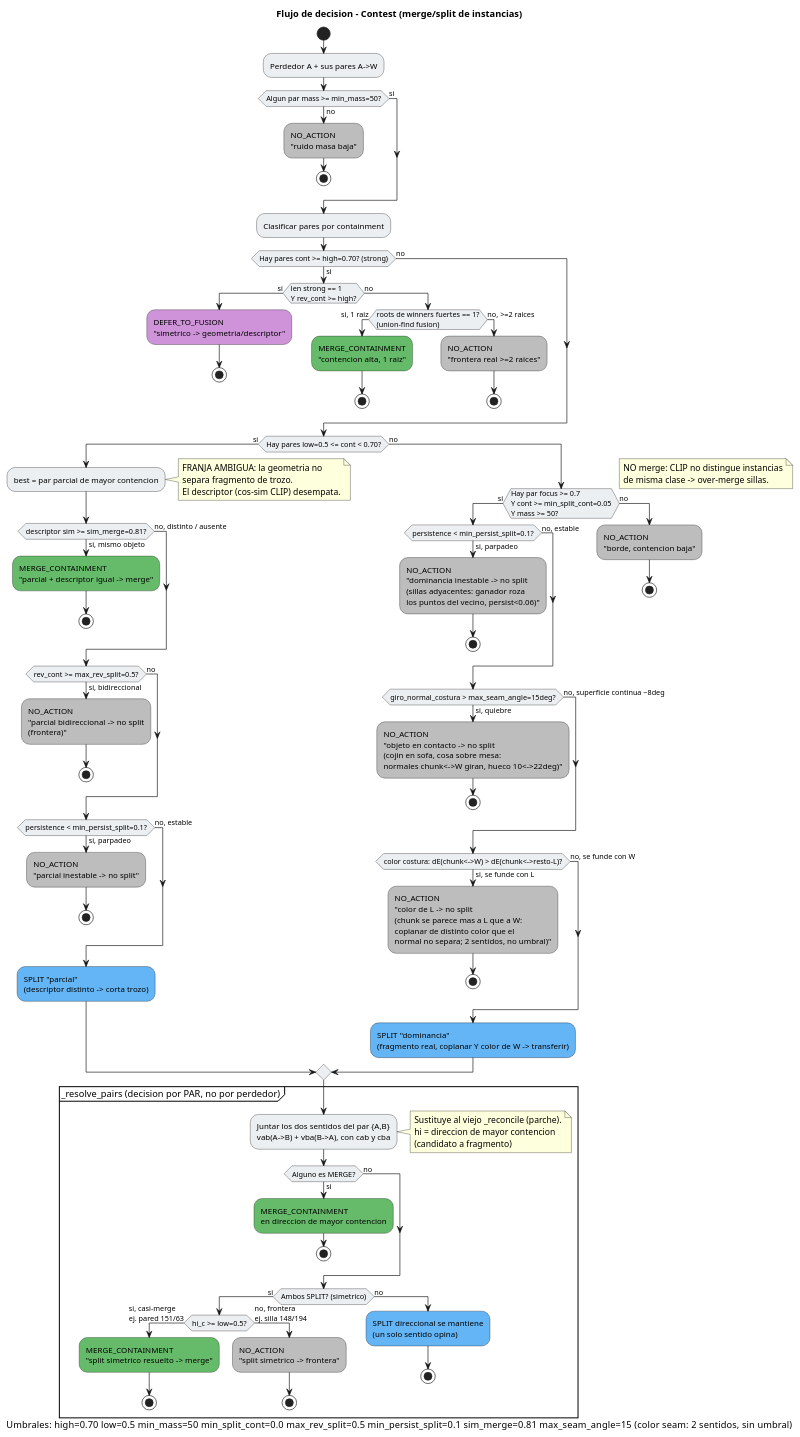
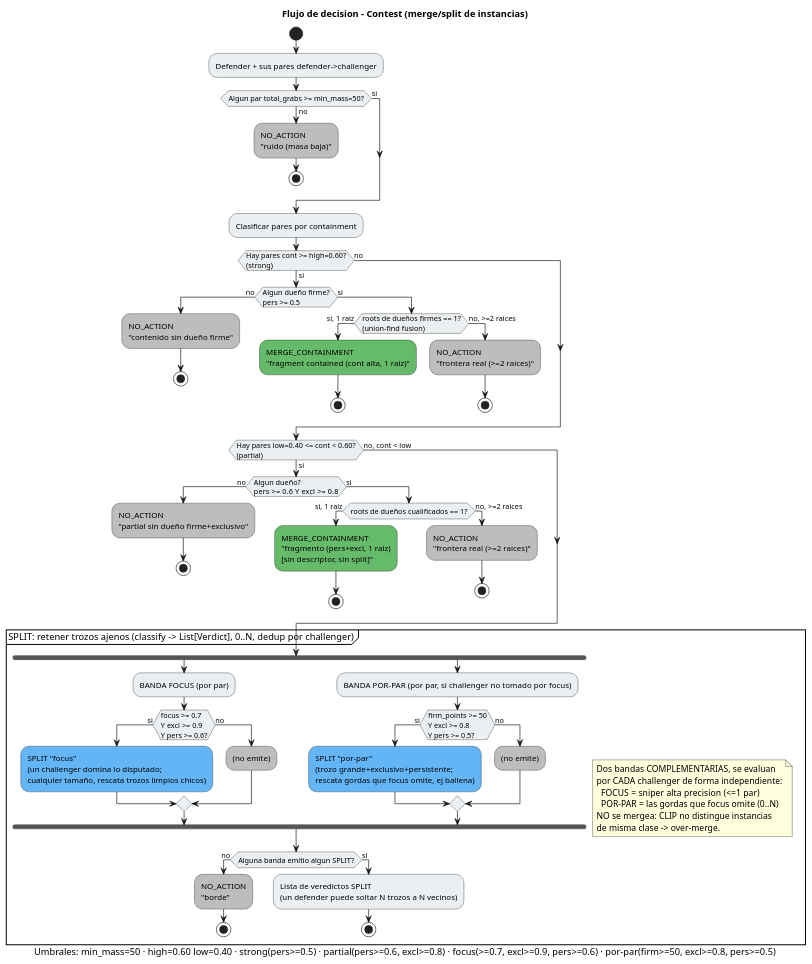
The diagram in Study_seg/flujo_decision_contest.puml (dpadillaor/OVO), drawn with PlantUML before and after one commit. The commit also changed 10 other files, not shown here.

```diff
--- a/Study_seg/flujo_decision_contest.puml
+++ b/Study_seg/flujo_decision_contest.puml
@@ -1,115 +1,90 @@
 @startuml flujo_decision_contest
 title Flujo de decision - Contest (merge/split de instancias)
-caption Umbrales: high=0.70  low=0.5  min_mass=50  min_split_cont=0.0  max_rev_split=0.5  min_persist_split=0.1  sim_merge=0.81  max_seam_angle=15  (color seam: 2 sentidos, sin umbral)
+caption Umbrales: min_mass=50 · high=0.60 low=0.40 · strong(pers>=0.5) · partial(pers>=0.6, excl>=0.8) · focus(>=0.7, excl>=0.9, pers>=0.6) · por-par(firm>=50, excl>=0.8, pers>=0.5)
 
 skinparam defaultFontName Helvetica
 skinparam ActivityDiamondBackgroundColor #FFF8E1
 skinparam ActivityBackgroundColor #ECEFF1
 
 start
-:Perdedor A + sus pares A->W;
+:Defender + sus pares defender->challenger;
 
-if (Algun par mass >= min_mass=50?) then (no)
-  #BDBDBD:NO_ACTION\n"ruido masa baja";
+if (Algun par total_grabs >= min_mass=50?) then (no)
+  #BDBDBD:NO_ACTION\n"ruido (masa baja)";
   stop
 else (si)
 endif
 
 :Clasificar pares por containment;
 
-if (Hay pares cont >= high=0.70? (strong)) then (si)
-  if (len strong == 1\nY rev_cont >= high?) then (si)
-    #CE93D8:DEFER_TO_FUSION\n"simetrico -> geometria/descriptor";
+' ================= STRONG: cont >= high =================
+if (Hay pares cont >= high=0.60?\n(strong)) then (si)
+  if (Algun dueño firme?\npers >= 0.5) then (no)
+    #BDBDBD:NO_ACTION\n"contenido sin dueño firme";
     stop
-  else (no)
-    if (roots de winners fuertes == 1?\n(union-find fusion)) then (si, 1 raiz)
-      #66BB6A:MERGE_CONTAINMENT\n"contencion alta, 1 raiz";
+  else (si)
+    if (roots de dueños firmes == 1?\n(union-find fusion)) then (si, 1 raiz)
+      #66BB6A:MERGE_CONTAINMENT\n"fragment contained (cont alta, 1 raiz)";
       stop
     else (no, >=2 raices)
-      #BDBDBD:NO_ACTION\n"frontera real >=2 raices";
+      #BDBDBD:NO_ACTION\n"frontera real (>=2 raices)";
       stop
     endif
   endif
 else (no)
 endif
 
-if (Hay pares low=0.5 <= cont < 0.70?) then (si)
-  :best = par parcial de mayor contencion;
-  note right
-    FRANJA AMBIGUA: la geometria no
-    separa fragmento de trozo.
-    El descriptor (cos-sim CLIP) desempata.
-  end note
-  if (descriptor sim >= sim_merge=0.81?) then (si, mismo objeto)
-    #66BB6A:MERGE_CONTAINMENT\n"parcial + descriptor igual -> merge";
+' ================= PARTIAL: low <= cont < high =================
+if (Hay pares low=0.40 <= cont < 0.60?\n(partial)) then (si)
+  if (Algun dueño?\npers >= 0.6  Y  excl >= 0.8) then (no)
+    #BDBDBD:NO_ACTION\n"partial sin dueño firme+exclusivo";
     stop
-  else (no, distinto / ausente)
+  else (si)
+    if (roots de dueños cualificados == 1?) then (si, 1 raiz)
+      #66BB6A:MERGE_CONTAINMENT\n"fragmento (pers+excl, 1 raiz)\n[sin descriptor, sin split]";
+      stop
+    else (no, >=2 raices)
+      #BDBDBD:NO_ACTION\n"frontera real (>=2 raices)";
+      stop
+    endif
   endif
-  if (rev_cont >= max_rev_split=0.5?) then (si, bidireccional)
-    #BDBDBD:NO_ACTION\n"parcial bidireccional -> no split\n(frontera)";
-    stop
-  else (no)
-  endif
-  if (persistence < min_persist_split=0.1?) then (si, parpadeo)
-    #BDBDBD:NO_ACTION\n"parcial inestable -> no split";
-    stop
-  else (no, estable)
-  endif
-  #64B5F6:SPLIT "parcial"\n(descriptor distinto -> corta trozo);
-else (no)
-  if (Hay par focus >= 0.7\nY cont >= min_split_cont=0.05\nY mass >= 50?) then (si)
-    note right
-      NO merge: CLIP no distingue instancias
-      de misma clase -> over-merge sillas.
-    end note
-    if (persistence < min_persist_split=0.1?) then (si, parpadeo)
-      #BDBDBD:NO_ACTION\n"dominancia inestable -> no split\n(sillas adyacentes: ganador roza\nlos puntos del vecino, persist<0.06)";
-      stop
-    else (no, estable)
-    endif
-    if (giro_normal_costura > max_seam_angle=15deg?) then (si, quiebre)
-      #BDBDBD:NO_ACTION\n"objeto en contacto -> no split\n(cojin en sofa, cosa sobre mesa:\nnormales chunk<->W giran, hueco 10<->22deg)";
-      stop
-    else (no, superficie continua ~8deg)
-    endif
-    if (color costura: dE(chunk<->W) > dE(chunk<->resto-L)?) then (si, se funde con L)
-      #BDBDBD:NO_ACTION\n"color de L -> no split\n(chunk se parece mas a L que a W:\ncoplanar de distinto color que el\nnormal no separa; 2 sentidos, no umbral)";
-      stop
-    else (no, se funde con W)
-    endif
-    #64B5F6:SPLIT "dominancia"\n(fragmento real, coplanar Y color de W -> transferir);
-  else (no)
-    #BDBDBD:NO_ACTION\n"borde, contencion baja";
-    stop
-  endif
+else (no, cont < low)
 endif
 
-partition "_resolve_pairs (decision por PAR, no por perdedor)" {
-  :Juntar los dos sentidos del par {A,B}\nvab(A->B) + vba(B->A), con cab y cba;
+' ================= SPLIT: cont < low -> lista 0..N =================
+partition "SPLIT: retener trozos ajenos (classify -> List[Verdict], 0..N, dedup por challenger)" {
   note right
-    Sustituye al viejo _reconcile (parche).
-    hi = direccion de mayor contencion
-    (candidato a fragmento)
+    Dos bandas COMPLEMENTARIAS, se evaluan
+    por CADA challenger de forma independiente:
+      FOCUS  = sniper alta precision (<=1 par)
+      POR-PAR = las gordas que focus omite (0..N)
+    NO se mergea: CLIP no distingue instancias
+    de misma clase -> over-merge.
   end note
 
-  if (Alguno es MERGE?) then (si)
-    #66BB6A:MERGE_CONTAINMENT\nen direccion de mayor contencion;
+  fork
+    :BANDA FOCUS (por par);
+    if (focus >= 0.7\nY excl >= 0.9\nY pers >= 0.6?) then (si)
+      #64B5F6:SPLIT "focus"\n(un challenger domina lo disputado;\ncualquier tamaño, rescata trozos limpios chicos);
+    else (no)
+      #BDBDBD:(no emite);
+    endif
+  fork again
+    :BANDA POR-PAR (por par, si challenger no tomado por focus);
+    if (firm_points >= 50\nY excl >= 0.8\nY pers >= 0.5?) then (si)
+      #64B5F6:SPLIT "por-par"\n(trozo grande+exclusivo+persistente;\nrescata gordas que focus omite, ej ballena);
+    else (no)
+      #BDBDBD:(no emite);
+    endif
+  end fork
+
+  if (Alguna banda emitio algun SPLIT?) then (no)
+    #BDBDBD:NO_ACTION\n"borde";
     stop
-  else (no)
-  endif
-
-  if (Ambos SPLIT? (simetrico)) then (si)
-    if (hi_c >= low=0.5?) then (si, casi-merge\nej. pared 151/63)
-      #66BB6A:MERGE_CONTAINMENT\n"split simetrico resuelto -> merge";
-      stop
-    else (no, frontera\nej. silla 148/194)
-      #BDBDBD:NO_ACTION\n"split simetrico -> frontera";
-      stop
-    endif
-  else (no)
-    #64B5F6:SPLIT direccional se mantiene\n(un solo sentido opina);
+  else (si)
+    :Lista de veredictos SPLIT\n(un defender puede soltar N trozos a N vecinos);
     stop
   endif
 }
 
 @enduml
```
